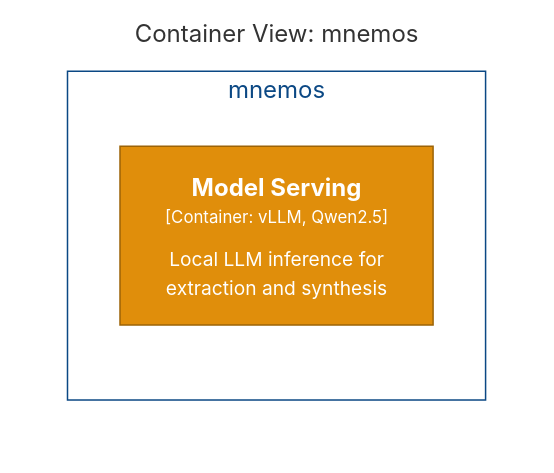
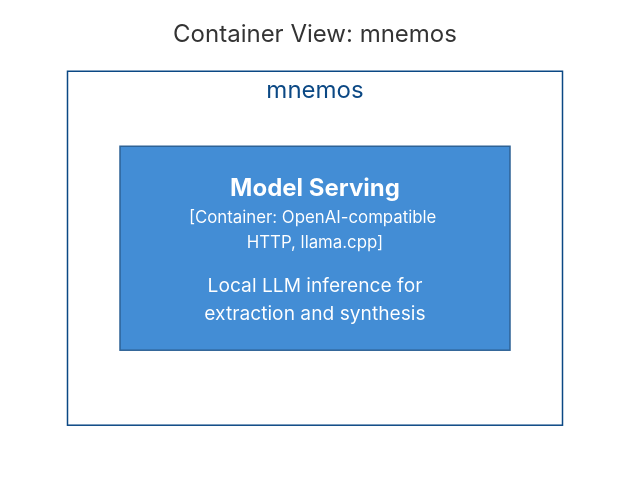
One commit to louisbove84/mnemos changed the diagram in docs/architecture/images/structurizr-Containers_Current.mmd. Above: the diagram before and after it, drawn with Mermaid. The commit also changed 14 other files, not shown here.

```diff
--- a/docs/architecture/images/structurizr-Containers_Current.mmd
+++ b/docs/architecture/images/structurizr-Containers_Current.mmd
@@ -1,14 +1,14 @@
 graph LR
   linkStyle default fill:#ffffff
 
   subgraph diagram ["Container View: mnemos"]
     style diagram fill:#ffffff,stroke:#ffffff
 
     subgraph 3 ["mnemos"]
       style 3 fill:#ffffff,stroke:#0b4884,color:#0b4884
 
-      4["<div style='font-weight: bold'>Model Serving</div><div style='font-size: 70%; margin-top: 0px'>[Container: vLLM, Qwen2.5]</div><div style='font-size: 80%; margin-top:10px'>Local LLM inference for<br />extraction and synthesis</div>"]
-      style 4 fill:#e08e0b,stroke:#9c6307,color:#ffffff
+      4["<div style='font-weight: bold'>Model Serving</div><div style='font-size: 70%; margin-top: 0px'>[Container: OpenAI-compatible HTTP, llama.cpp]</div><div style='font-size: 80%; margin-top:10px'>Local LLM inference for<br />extraction and synthesis</div>"]
+      style 4 fill:#438dd5,stroke:#2e6295,color:#ffffff
     end
 
   end
```
